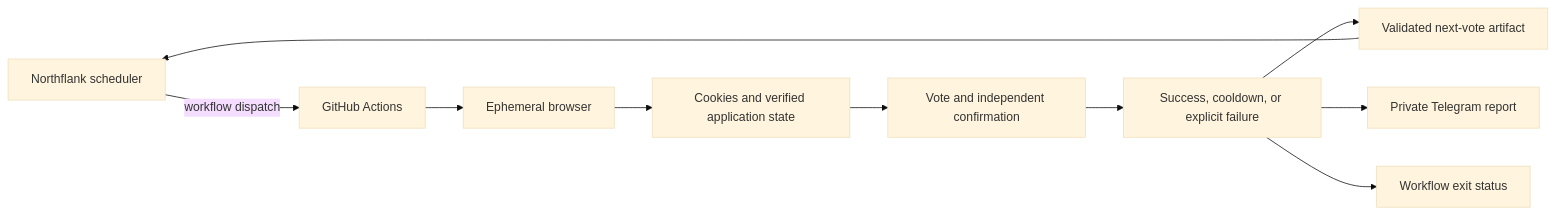
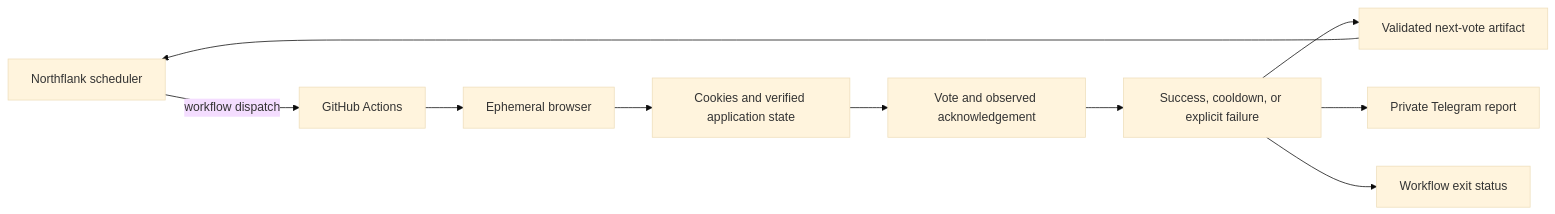
Before and after one commit to Snyri/auto-vote-topgg: the diagram in README.md, drawn with Mermaid (base theme). The commit also changed other lines of this file and 5 other files, not shown here.

Commit message:
Preserve vote acknowledgement before Cloudflare-triggering reloads

````diff
--- a/README.md
+++ b/README.md
@@ -7,12 +7,12 @@
 ```mermaid
 flowchart LR
     Scheduler[Northflank scheduler] -->|workflow dispatch| Actions[GitHub Actions]
     Actions --> Browser[Ephemeral browser]
     Browser --> Auth[Cookies and verified application state]
-    Auth --> Vote[Vote and independent confirmation]
+    Auth --> Vote[Vote and observed acknowledgement]
     Vote --> Result[Success, cooldown, or explicit failure]
     Result --> Schedule[Validated next-vote artifact]
     Schedule --> Scheduler
     Result --> Report[Private Telegram report]
     Result --> CI[Workflow exit status]
 ```
````
